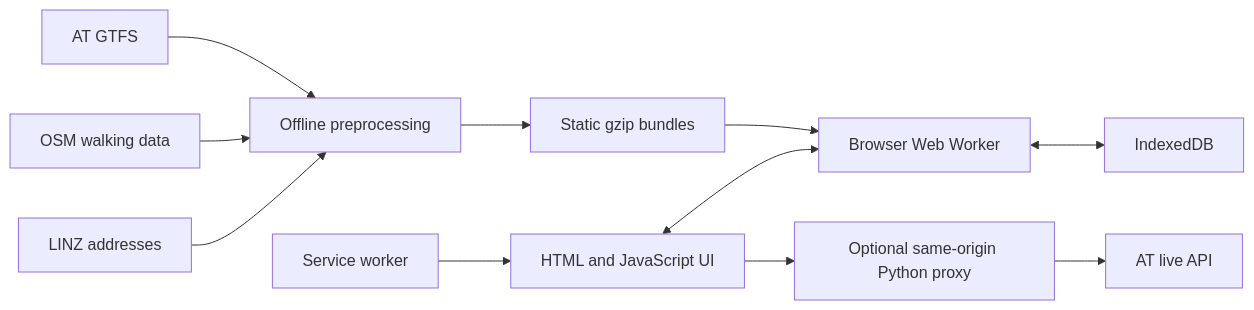
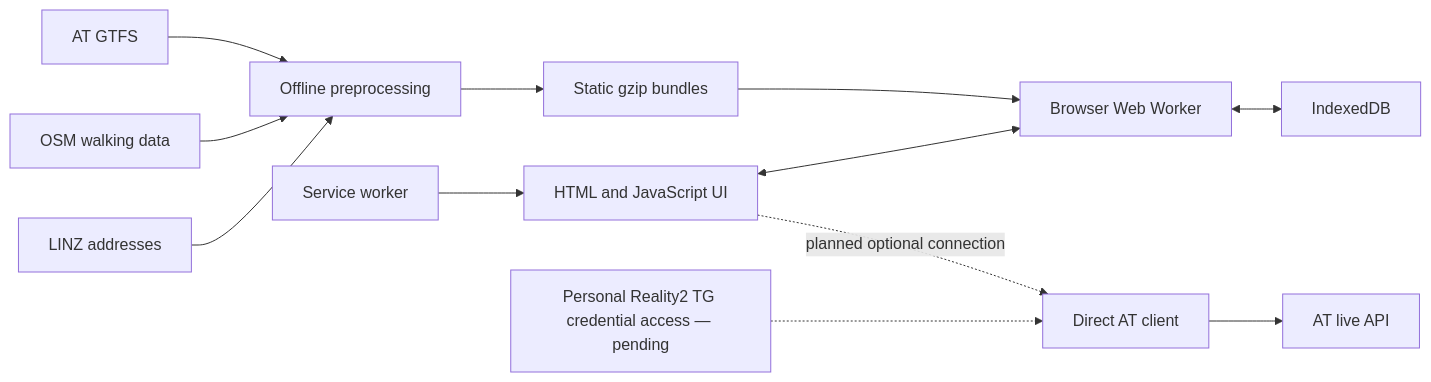
One commit to reality2-ai/along changed the diagram in docs/ARCHITECTURE.md. Above: the diagram before and after it, drawn with Mermaid. The commit also changed other lines of this file and 2 other files, not shown here.

Commit message:
Align architecture and course exercises with server independence

````diff
--- a/docs/ARCHITECTURE.md
+++ b/docs/ARCHITECTURE.md
@@ -3,13 +3,14 @@
 ```mermaid
 flowchart LR
   AT[AT GTFS] --> Import[Offline preprocessing]
   OSM[OSM walking data] --> Import
   LINZ[LINZ addresses] --> Import
   Import --> Files[Static gzip bundles]
   Files --> Worker[Browser Web Worker]
   Worker <--> DB[IndexedDB]
   UI[HTML and JavaScript UI] <--> Worker
   SW[Service worker] --> UI
-  UI --> Proxy[Optional same-origin Python proxy]
-  Proxy --> Live[AT live API]
+  UI -. planned optional connection .-> Direct[Direct AT client]
+  TG[Personal Reality2 TG credential access — pending] -.-> Direct
+  Direct --> Live[AT live API]
 ```
````
